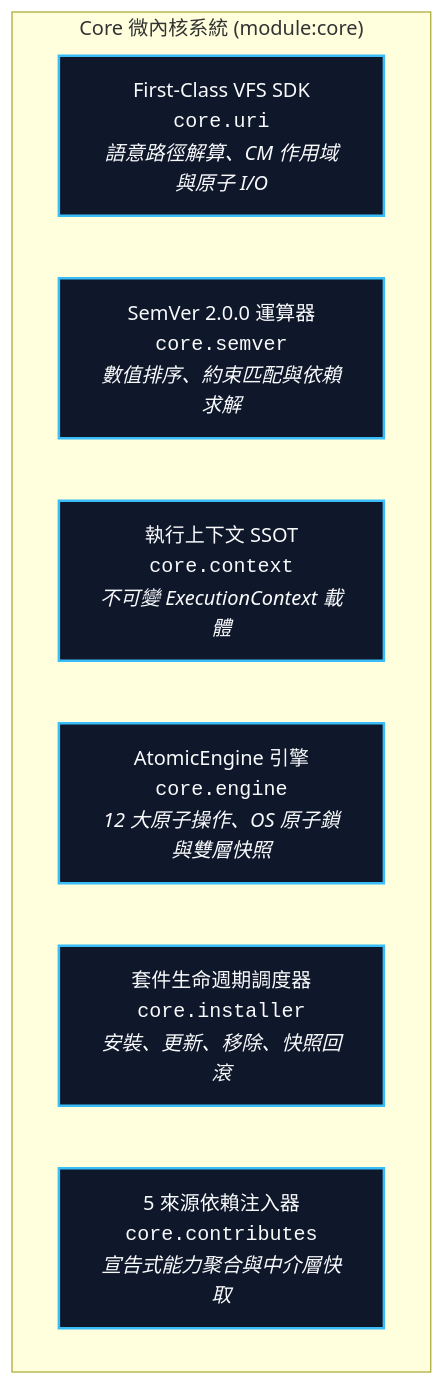
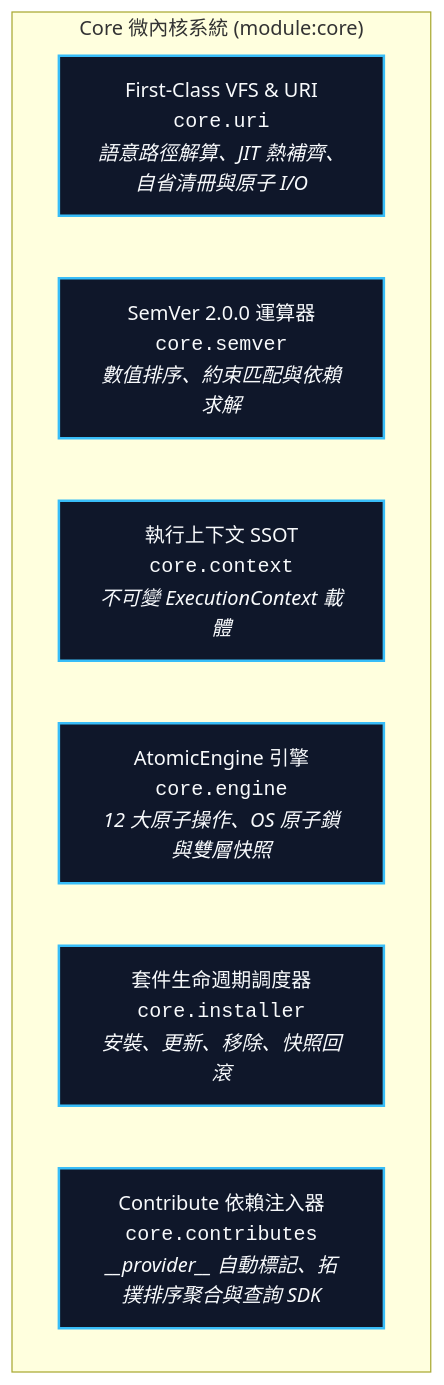
The diagram in docs/core/README.md (ysnaive/ys-codebase), drawn with Mermaid before and after one commit. The commit also changed other lines of this file and 44 other files, not shown here.

Commit message:
feat(core): optimize contributes injection and polish URI protocol system

````diff
--- a/docs/core/README.md
+++ b/docs/core/README.md
@@ -13,13 +13,13 @@
 ```mermaid
 graph TD
     classDef sub fill:#0f172a,stroke:#38bdf8,stroke-width:2px,color:#f8fafc;
     
     subgraph CoreModule ["Core 微內核系統 (module:core)"]
-        VFS["First-Class VFS SDK<br/><code>core.uri</code><br/><i>語意路徑解算、CM 作用域與原子 I/O</i>"]:::sub
+        VFS["First-Class VFS & URI<br/><code>core.uri</code><br/><i>語意路徑解算、JIT 熱補齊、自省清冊與原子 I/O</i>"]:::sub
         SemVer["SemVer 2.0.0 運算器<br/><code>core.semver</code><br/><i>數值排序、約束匹配與依賴求解</i>"]:::sub
         Context["執行上下文 SSOT<br/><code>core.context</code><br/><i>不可變 ExecutionContext 載體</i>"]:::sub
         Engine["AtomicEngine 引擎<br/><code>core.engine</code><br/><i>12 大原子操作、OS 原子鎖與雙層快照</i>"]:::sub
         Installer["套件生命週期調度器<br/><code>core.installer</code><br/><i>安裝、更新、移除、快照回滾</i>"]:::sub
-        Contributes["5 來源依賴注入器<br/><code>core.contributes</code><br/><i>宣告式能力聚合與中介層快取</i>"]:::sub
+        Contributes["Contribute 依賴注入器<br/><code>core.contributes</code><br/><i>__provider__ 自動標記、拓撲排序聚合與查詢 SDK</i>"]:::sub
     end
 ```
````
